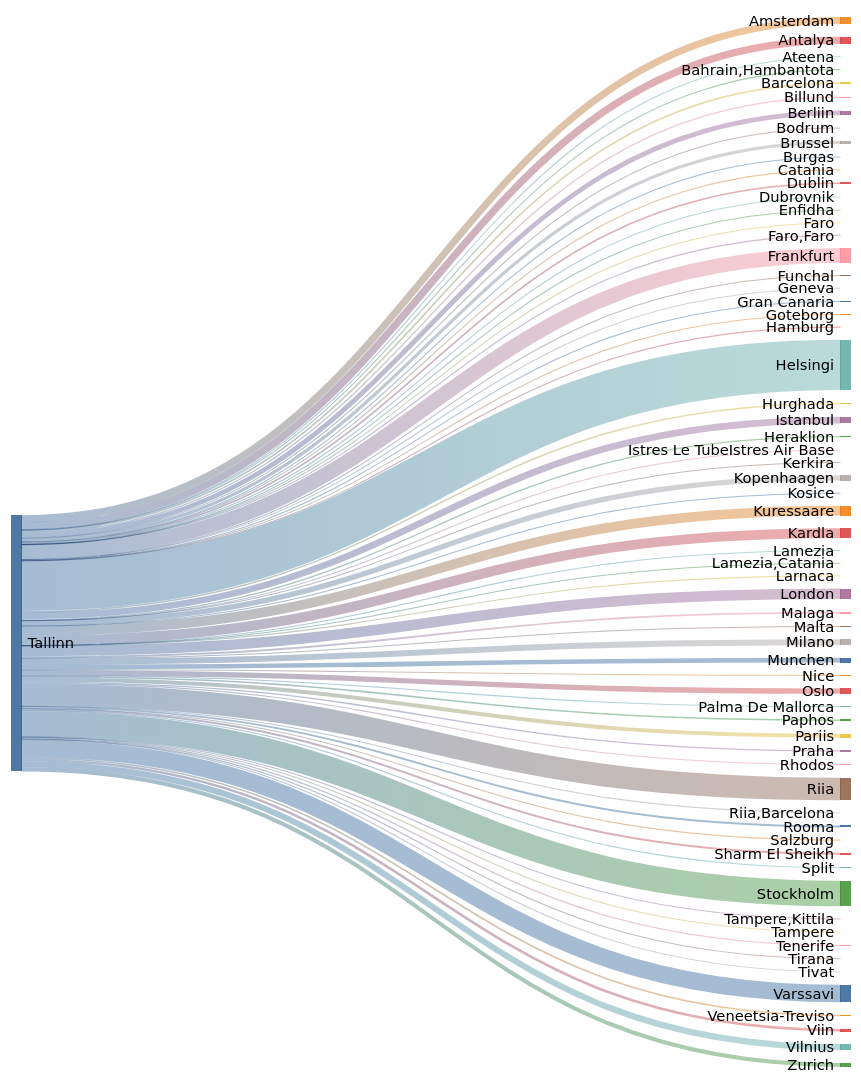
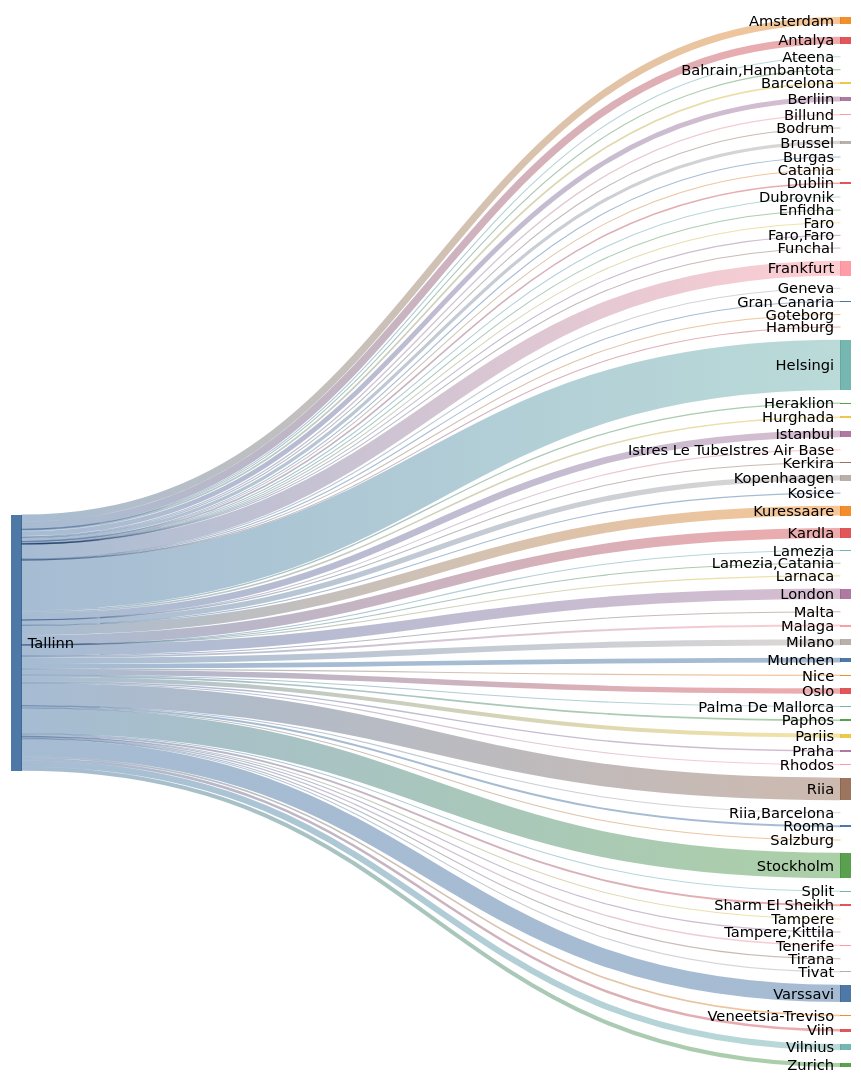
The second of 2 diagrams in README.md (rainermesi/tll-airport-departures), drawn with Mermaid (forest theme) before and after one commit. The commit also changed other lines of this file, not shown here.

````diff
--- a/README.md
+++ b/README.md
@@ -34,77 +34,77 @@
 ```mermaid
 ---
 config:
   sankey:
     showValues: false
     width: 800
     height: 1000
 ---
 sankey-beta
 %% source,target,value
-Tallinn,Amsterdam,259
-Tallinn,Antalya,271
+Tallinn,Amsterdam,261
+Tallinn,Antalya,272
 Tallinn,Ateena,16
 Tallinn,"Bahrain,Hambantota",1
 Tallinn,Barcelona,63
-Tallinn,Berliin,178
+Tallinn,Berliin,179
 Tallinn,Billund,49
 Tallinn,Bodrum,11
 Tallinn,Brussel,118
 Tallinn,Burgas,21
 Tallinn,Catania,2
 Tallinn,Dublin,60
 Tallinn,Dubrovnik,21
 Tallinn,Enfidha,7
 Tallinn,Faro,4
 Tallinn,"Faro,Faro",1
-Tallinn,Frankfurt,546
+Tallinn,Frankfurt,549
 Tallinn,Funchal,5
 Tallinn,Geneva,9
 Tallinn,Gran Canaria,31
 Tallinn,Goteborg,1
 Tallinn,Hamburg,1
-Tallinn,Helsingi,1850
+Tallinn,Helsingi,1859
 Tallinn,Heraklion,46
 Tallinn,Hurghada,56
-Tallinn,Istanbul,245
+Tallinn,Istanbul,246
 Tallinn,Istres Le TubeIstres Air Base,2
 Tallinn,Kerkira,4
-Tallinn,Kopenhaagen,196
+Tallinn,Kopenhaagen,197
 Tallinn,Kosice,1
-Tallinn,Kuressaare,359
-Tallinn,Kardla,359
+Tallinn,Kuressaare,361
+Tallinn,Kardla,361
 Tallinn,Lamezia,1
 Tallinn,"Lamezia,Catania",3
 Tallinn,Larnaca,4
-Tallinn,London,386
-Tallinn,Malaga,72
+Tallinn,London,388
+Tallinn,Malaga,73
 Tallinn,Malta,15
-Tallinn,Milano,220
+Tallinn,Milano,221
 Tallinn,Munchen,173
 Tallinn,Nice,25
-Tallinn,Oslo,197
+Tallinn,Oslo,198
 Tallinn,Palma De Mallorca,19
-Tallinn,Paphos,58
-Tallinn,Pariis,148
+Tallinn,Paphos,59
+Tallinn,Pariis,149
 Tallinn,Praha,49
 Tallinn,Rhodos,32
-Tallinn,Riia,828
+Tallinn,Riia,832
 Tallinn,"Riia,Barcelona",1
 Tallinn,Rooma,73
 Tallinn,Salzburg,10
 Tallinn,Sharm El Sheikh,71
 Tallinn,Split,25
-Tallinn,Stockholm,939
+Tallinn,Stockholm,943
 Tallinn,Tampere,17
 Tallinn,"Tampere,Kittila",14
-Tallinn,Tenerife,47
+Tallinn,Tenerife,48
 Tallinn,Tirana,8
 Tallinn,Tivat,26
-Tallinn,Varssavi,636
-Tallinn,Veneetsia-Treviso,59
-Tallinn,Viin,94
-Tallinn,Vilnius,227
-Tallinn,Zurich,150
+Tallinn,Varssavi,640
+Tallinn,Veneetsia-Treviso,60
+Tallinn,Viin,95
+Tallinn,Vilnius,228
+Tallinn,Zurich,151
 
 
 ```
````
